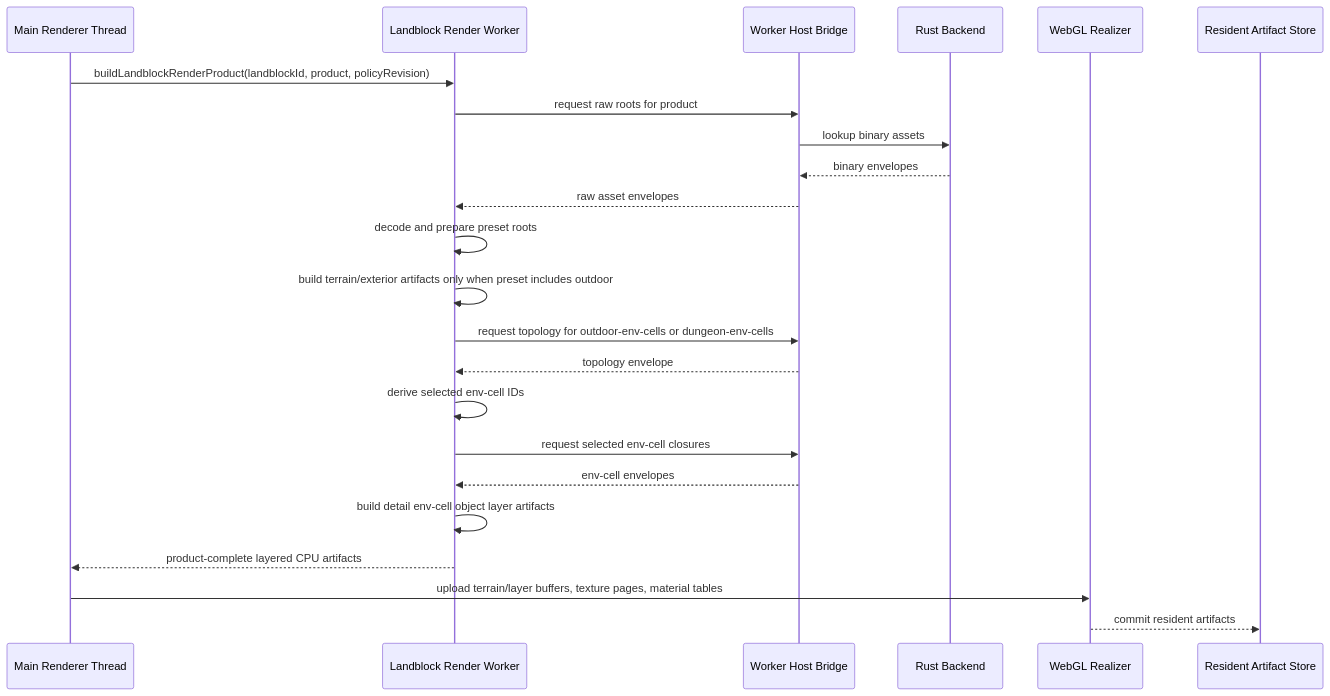
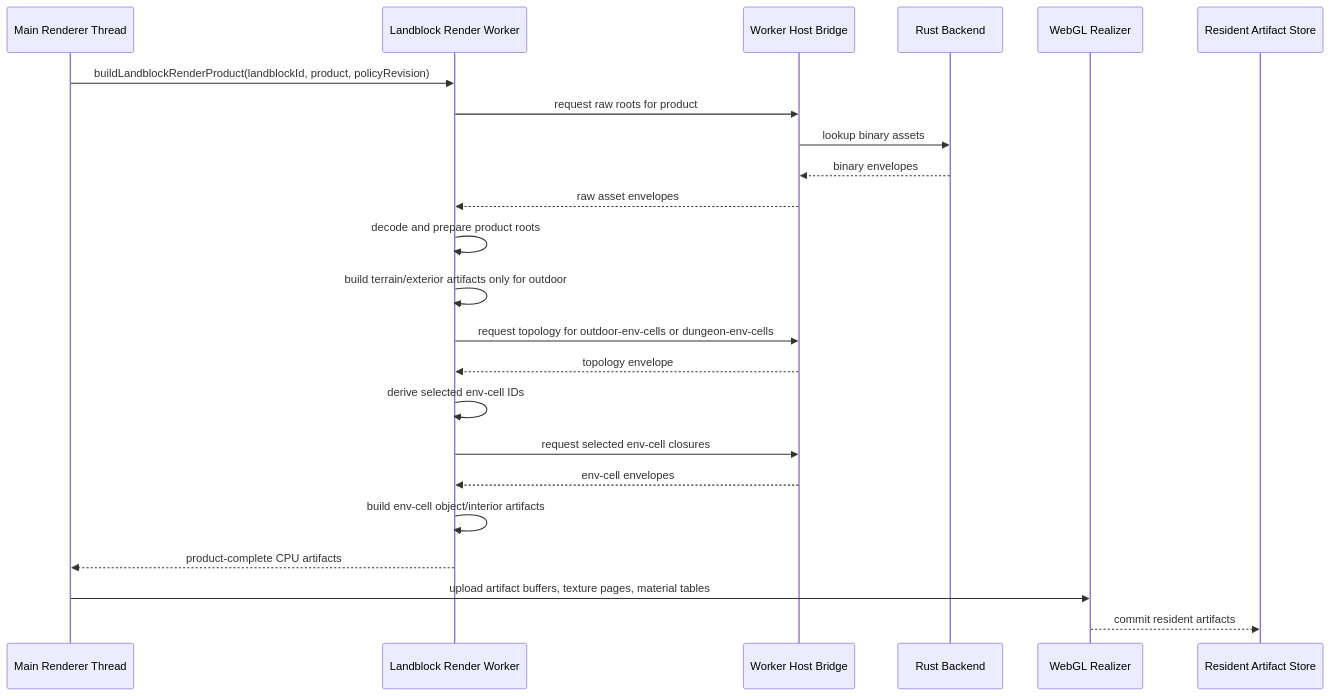
One commit to merklejerk/holtburger changed the eighth of 10 diagrams in docs/plans/holtburger-3d-static-landblock-render-bundle-replacement-plan.md. Above: the diagram before and after it, drawn with Mermaid. The commit also changed other lines of this file and 3 other files, not shown here.

````diff
--- a/docs/plans/holtburger-3d-static-landblock-render-bundle-replacement-plan.md
+++ b/docs/plans/holtburger-3d-static-landblock-render-bundle-replacement-plan.md
@@ -931,26 +971,26 @@
 ```mermaid
 sequenceDiagram
     participant Main as Main Renderer Thread
     participant Worker as Landblock Render Worker
     participant Bridge as Worker Host Bridge
     participant Rust as Rust Backend
     participant GL as WebGL Realizer
     participant Store as Resident Artifact Store
 
     Main->>Worker: buildLandblockRenderProduct(landblockId, product, policyRevision)
     Worker->>Bridge: request raw roots for product
     Bridge->>Rust: lookup binary assets
     Rust-->>Bridge: binary envelopes
     Bridge-->>Worker: raw asset envelopes
-    Worker->>Worker: decode and prepare preset roots
-    Worker->>Worker: build terrain/exterior artifacts only when preset includes outdoor
+    Worker->>Worker: decode and prepare product roots
+    Worker->>Worker: build terrain/exterior artifacts only for outdoor
     Worker->>Bridge: request topology for outdoor-env-cells or dungeon-env-cells
     Bridge-->>Worker: topology envelope
     Worker->>Worker: derive selected env-cell IDs
     Worker->>Bridge: request selected env-cell closures
     Bridge-->>Worker: env-cell envelopes
-    Worker->>Worker: build detail env-cell object layer artifacts
-    Worker-->>Main: product-complete layered CPU artifacts
-    Main->>GL: upload terrain/layer buffers, texture pages, material tables
+    Worker->>Worker: build env-cell object/interior artifacts
+    Worker-->>Main: product-complete CPU artifacts
+    Main->>GL: upload artifact buffers, texture pages, material tables
     GL-->>Store: commit resident artifacts
 ```
````
